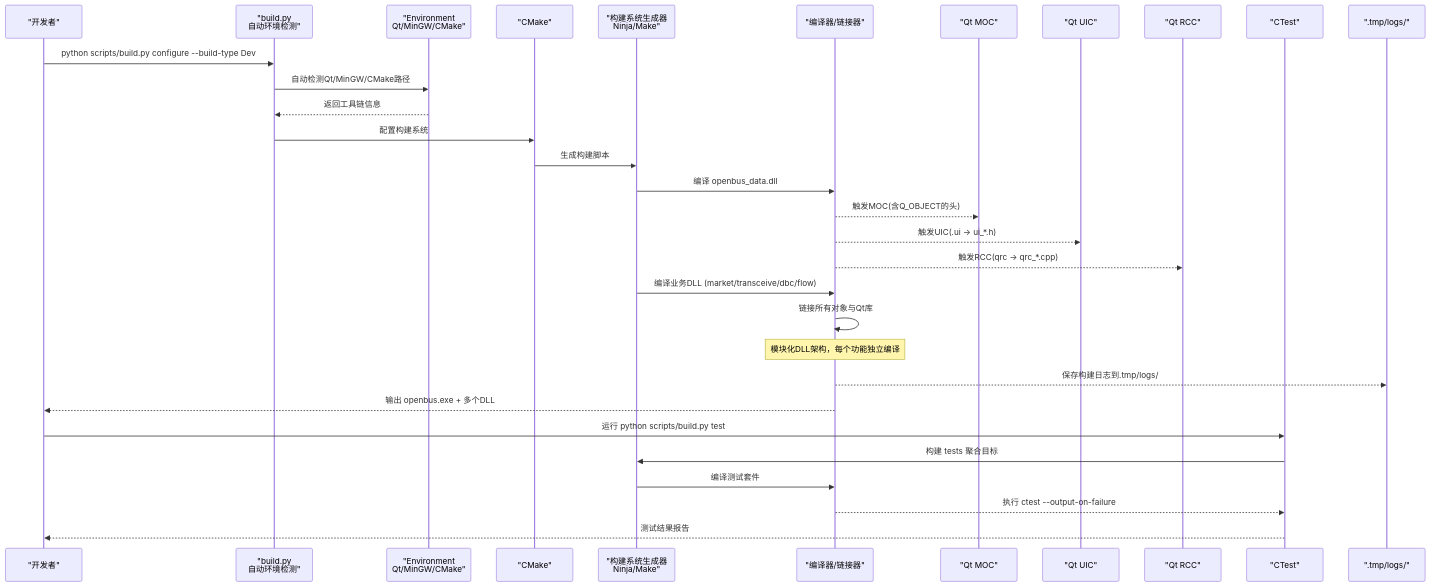
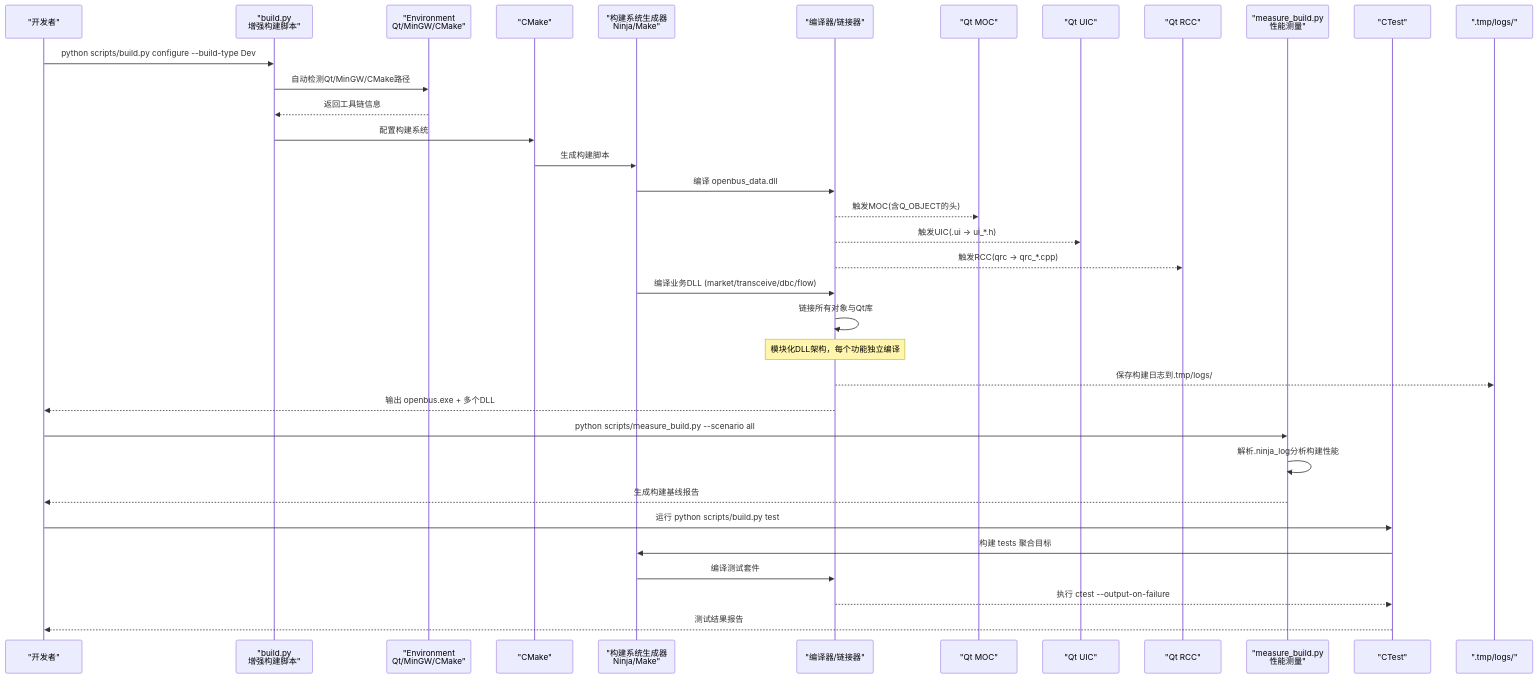
The second of 5 diagrams in .qoder/repowiki/zh/content/构建和部署/构建流程/构建流程.md (jakecai1225-design/OpenBus), drawn with Mermaid before and after one commit. The commit also changed other lines of this file and 151 other files, not shown here.

````diff
--- a/.qoder/repowiki/zh/content/构建和部署/构建流程/构建流程.md
+++ b/.qoder/repowiki/zh/content/构建和部署/构建流程/构建流程.md
@@ -152,33 +161,37 @@
 ```mermaid
 sequenceDiagram
 participant Dev as "开发者"
-participant BuildScript as "build.py<br/>自动环境检测"
+participant BuildScript as "build.py<br/>增强构建脚本"
 participant Env as "Environment<br/>Qt/MinGW/CMake"
 participant CMake as "CMake"
 participant Generator as "构建系统生成器<br/>Ninja/Make"
 participant CC as "编译器/链接器"
 participant MOC as "Qt MOC"
 participant UIC as "Qt UIC"
 participant RCC as "Qt RCC"
+participant Measure as "measure_build.py<br/>性能测量"
 participant Test as "CTest"
 participant Logs as ".tmp/logs/"
 Dev->>BuildScript : python scripts/build.py configure --build-type Dev
 BuildScript->>Env : 自动检测Qt/MinGW/CMake路径
 Env-->>BuildScript : 返回工具链信息
 BuildScript->>CMake : 配置构建系统
 CMake->>Generator : 生成构建脚本
 Generator->>CC : 编译 openbus_data.dll
 CC-->>MOC : 触发MOC(含Q_OBJECT的头)
 CC-->>UIC : 触发UIC(.ui -> ui_*.h)
 CC-->>RCC : 触发RCC(qrc -> qrc_*.cpp)
 Generator->>CC : 编译业务DLL (market/transceive/dbc/flow)
 CC->>CC : 链接所有对象与Qt库
 Note over CC : 模块化DLL架构，每个功能独立编译
 CC-->>Logs : 保存构建日志到.tmp/logs/
 CC-->>Dev : 输出 openbus.exe + 多个DLL
+Dev->>Measure : python scripts/measure_build.py --scenario all
+Measure->>Measure : 解析.ninja_log分析构建性能
+Measure-->>Dev : 生成构建基线报告
 Dev->>Test : 运行 python scripts/build.py test
 Test->>Generator : 构建 tests 聚合目标
 Generator->>CC : 编译测试套件
 CC-->>Test : 执行 ctest --output-on-failure
 Test-->>Dev : 测试结果报告
 ```
````
